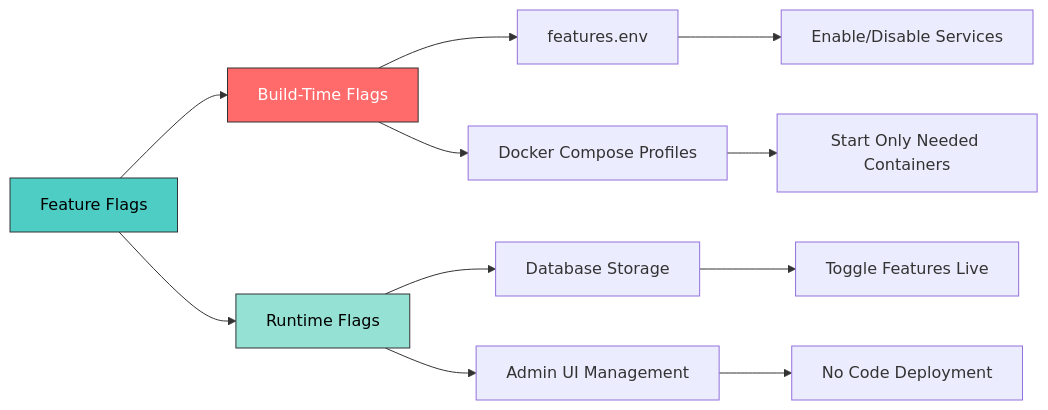
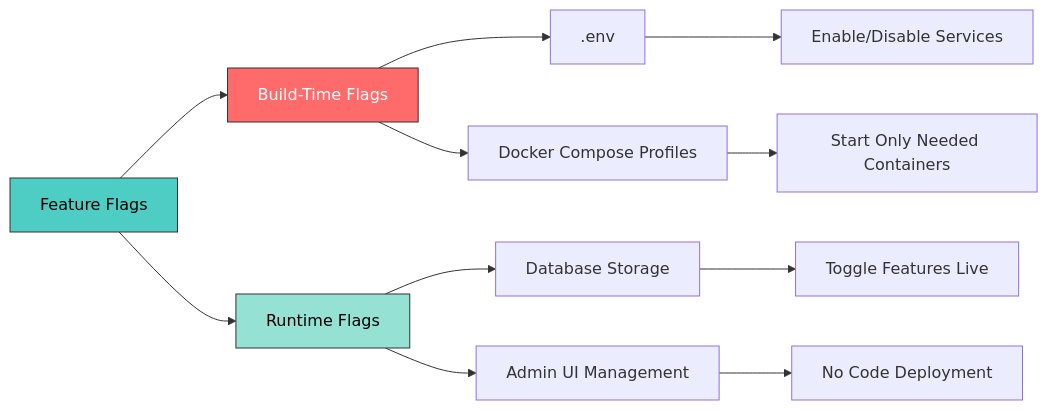
The fourth of 4 diagrams in README.md (nitinnat/python-project-template), drawn with Mermaid before and after one commit. The commit also changed other lines of this file and 12 other files, not shown here.

````diff
--- a/README.md
+++ b/README.md
@@ -594,21 +597,21 @@
 ```mermaid
 graph LR
     A[Feature Flags] --> B[Build-Time Flags]
     A --> C[Runtime Flags]
 
-    B --> D[features.env]
+    B --> D[.env]
     B --> E[Docker Compose Profiles]
 
     C --> F[Database Storage]
     C --> G[Admin UI Management]
 
     D --> H[Enable/Disable Services]
     E --> I[Start Only Needed Containers]
 
     F --> J[Toggle Features Live]
     G --> K[No Code Deployment]
 
     style A fill:#4ecdc4,stroke:#333,color:#000
     style B fill:#ff6b6b,stroke:#333,color:#fff
     style C fill:#95e1d3,stroke:#333,color:#000
 ```
````
